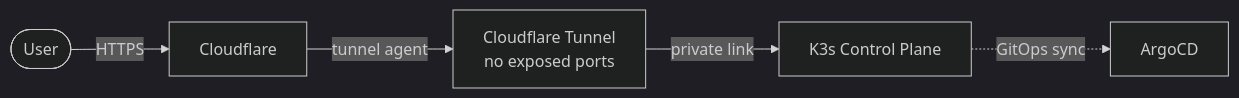
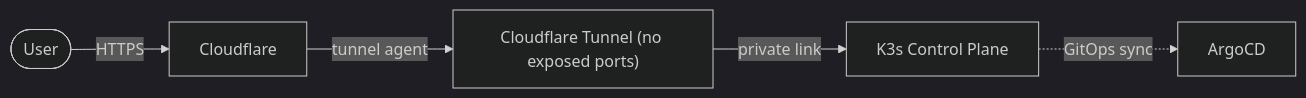
One commit to ranas-mukminov/Secure-K3s-GitOps-Template changed the diagram in README.md. Above: the diagram before and after it, drawn with Mermaid (dark theme).

Commit message:
Update Cloudflare Tunnel diagram for clarity in README

````diff
--- a/README.md
+++ b/README.md
@@ -38,7 +38,7 @@
 ```mermaid
 flowchart LR
     User([User]) -->|HTTPS| CF[Cloudflare]
-    CF -->|tunnel agent| Tunnel["Cloudflare Tunnel<br/>no exposed ports"]
+    CF -->|tunnel agent| Tunnel["Cloudflare Tunnel (no exposed ports)"]
     Tunnel -->|private link| K3s[K3s Control Plane]
     K3s -.->|GitOps sync| ArgoCD[ArgoCD]
 ```
````
